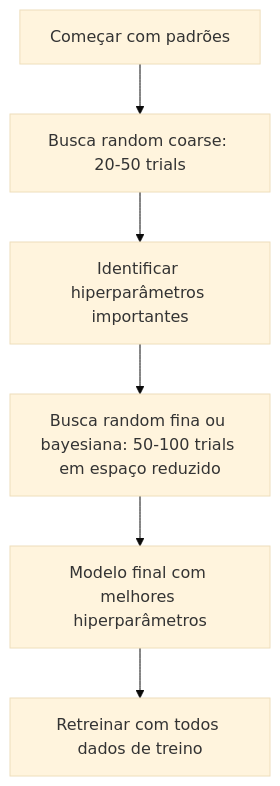
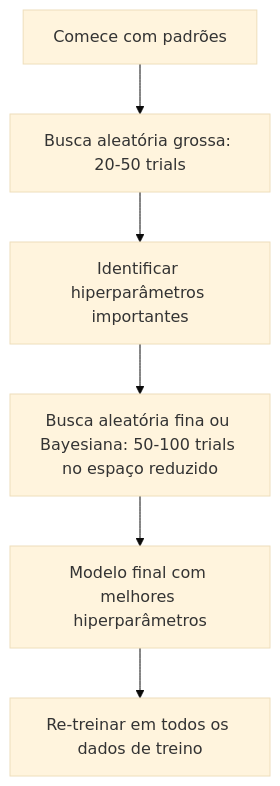
The third of 4 diagrams in phases/02-ml-fundamentals/12-hyperparameter-tuning/docs/pt-br.md (K3lvin-dev/ai-engineering-from-scratch), drawn with Mermaid (base theme) before and after one commit. The commit also changed other lines of this file and 17 other files, not shown here.

````diff
--- a/phases/02-ml-fundamentals/12-hyperparameter-tuning/docs/pt-br.md
+++ b/phases/02-ml-fundamentals/12-hyperparameter-tuning/docs/pt-br.md
@@ -90,8 +156,8 @@
 ```mermaid
 flowchart TD
-    A[Começar com padrões] --> B[Busca random coarse: 20-50 trials]
+    A[Comece com padrões] --> B[Busca aleatória grossa: 20-50 trials]
     B --> C[Identificar hiperparâmetros importantes]
-    C --> D[Busca random fina ou bayesiana: 50-100 trials em espaço reduzido]
+    C --> D[Busca aleatória fina ou Bayesiana: 50-100 trials no espaço reduzido]
     D --> E[Modelo final com melhores hiperparâmetros]
-    E --> F[Retreinar com todos dados de treino]
+    E --> F[Re-treinar em todos os dados de treino]
 ```
````
